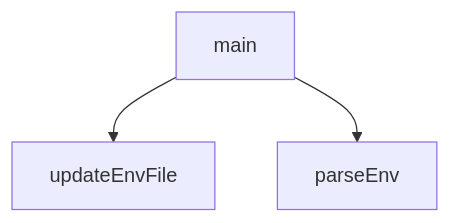
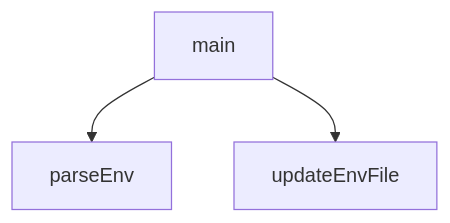
One commit to peckop/venthub-hvac-esite changed the diagram in scripts/setup_webhooks_cli.md. Above: the diagram before and after it, drawn with Mermaid. The commit also changed other lines of this file and 189 other files, not shown here.

````diff
--- a/scripts/setup_webhooks_cli.md
+++ b/scripts/setup_webhooks_cli.md
@@ -121,8 +118,8 @@
 ```mermaid
 graph TD
     setup_webhooks_cli_js__main["main"]
     setup_webhooks_cli_js__parseEnv["parseEnv"]
     setup_webhooks_cli_js__updateEnvFile["updateEnvFile"]
+    setup_webhooks_cli_js__main --> setup_webhooks_cli_js__parseEnv
     setup_webhooks_cli_js__main --> setup_webhooks_cli_js__updateEnvFile
-    setup_webhooks_cli_js__main --> setup_webhooks_cli_js__parseEnv
 ```
````
